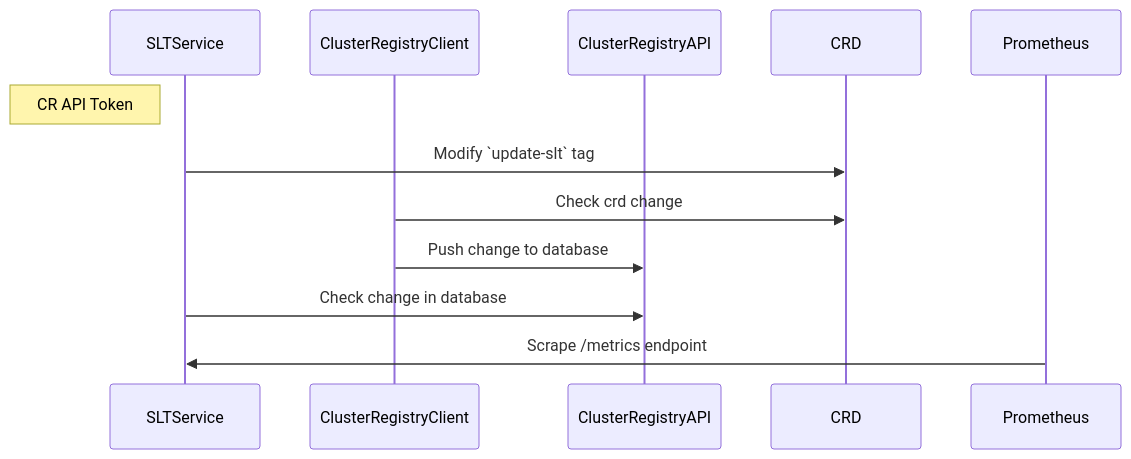
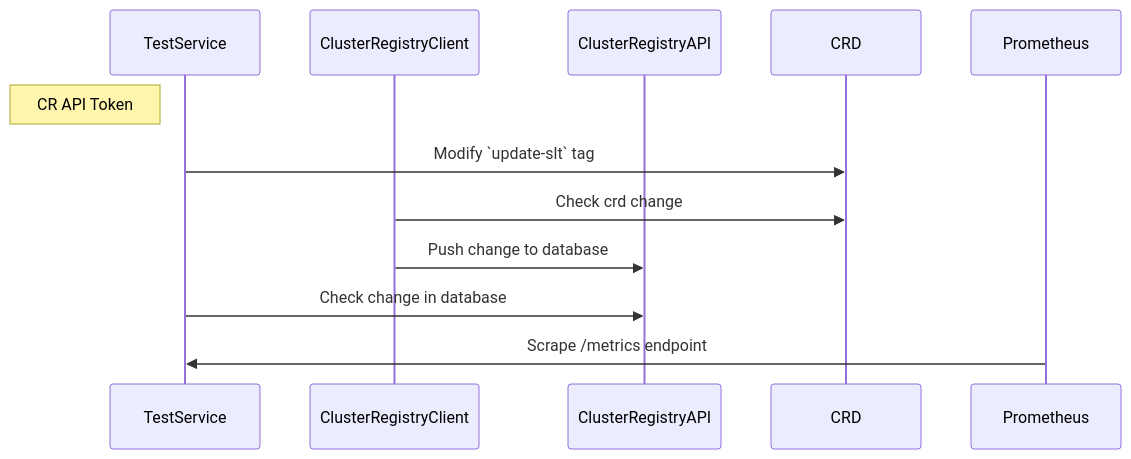
The first of 2 diagrams in docs/developer-guides/testing.md (adobe/cluster-registry), drawn with Mermaid before and after one commit. The commit also changed other lines of this file, not shown here.

Commit message:
Add get endpoint test

````diff
--- a/docs/developer-guides/testing.md
+++ b/docs/developer-guides/testing.md
@@ -40,14 +41,14 @@
 ```mermaid
 sequenceDiagram
-    participant SLTService
+    participant TestService
     participant ClusterRegistryClient
 	participant ClusterRegistryAPI
 	participant CRD
 	participant Prometheus
-	Note left of SLTService: CR API Token
-    SLTService->>CRD: Modify `update-slt` tag
+	Note left of TestService: CR API Token
+    TestService->>CRD: Modify `update-slt` tag
     ClusterRegistryClient->>CRD: Check crd change
     ClusterRegistryClient->>ClusterRegistryAPI: Push change to database
-    SLTService->>ClusterRegistryAPI: Check change in database
-	Prometheus->>SLTService: Scrape /metrics endpoint
+    TestService->>ClusterRegistryAPI: Check change in database
+	Prometheus->>TestService: Scrape /metrics endpoint
 ```
````
